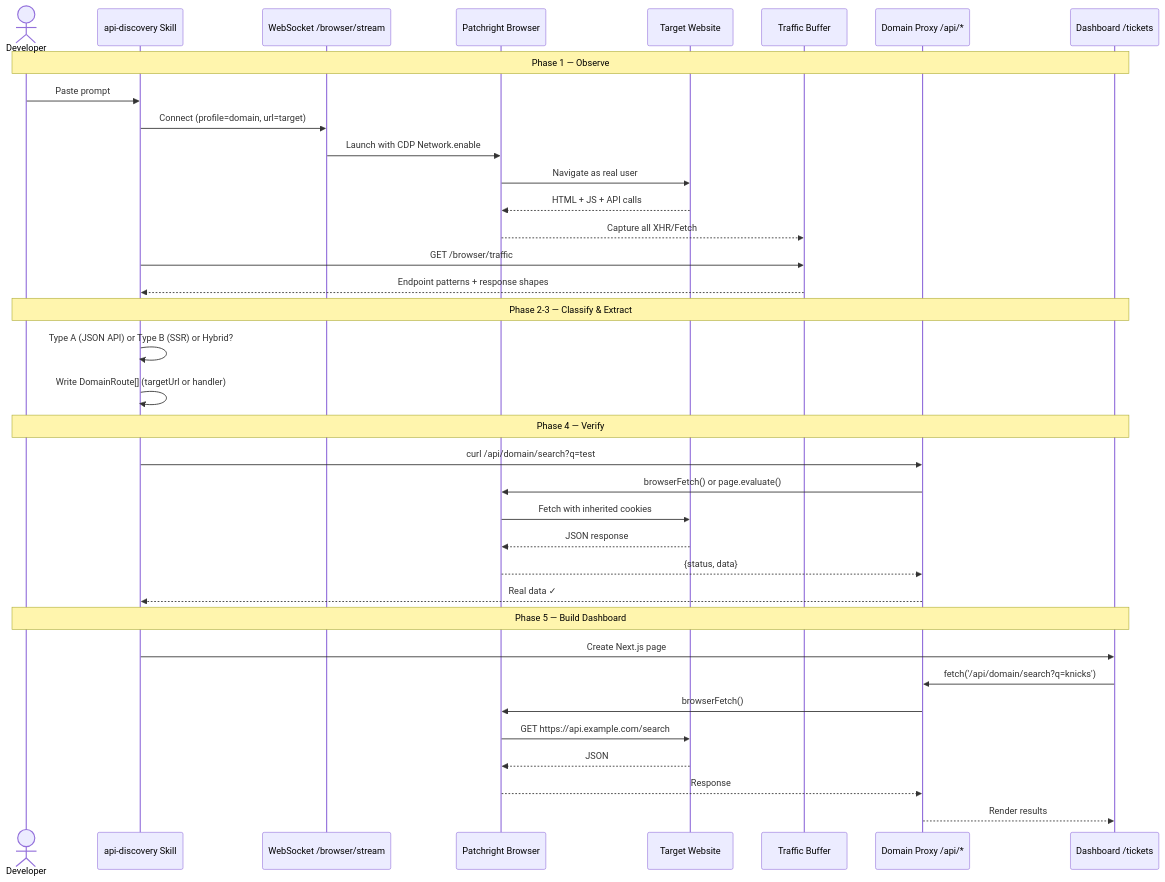
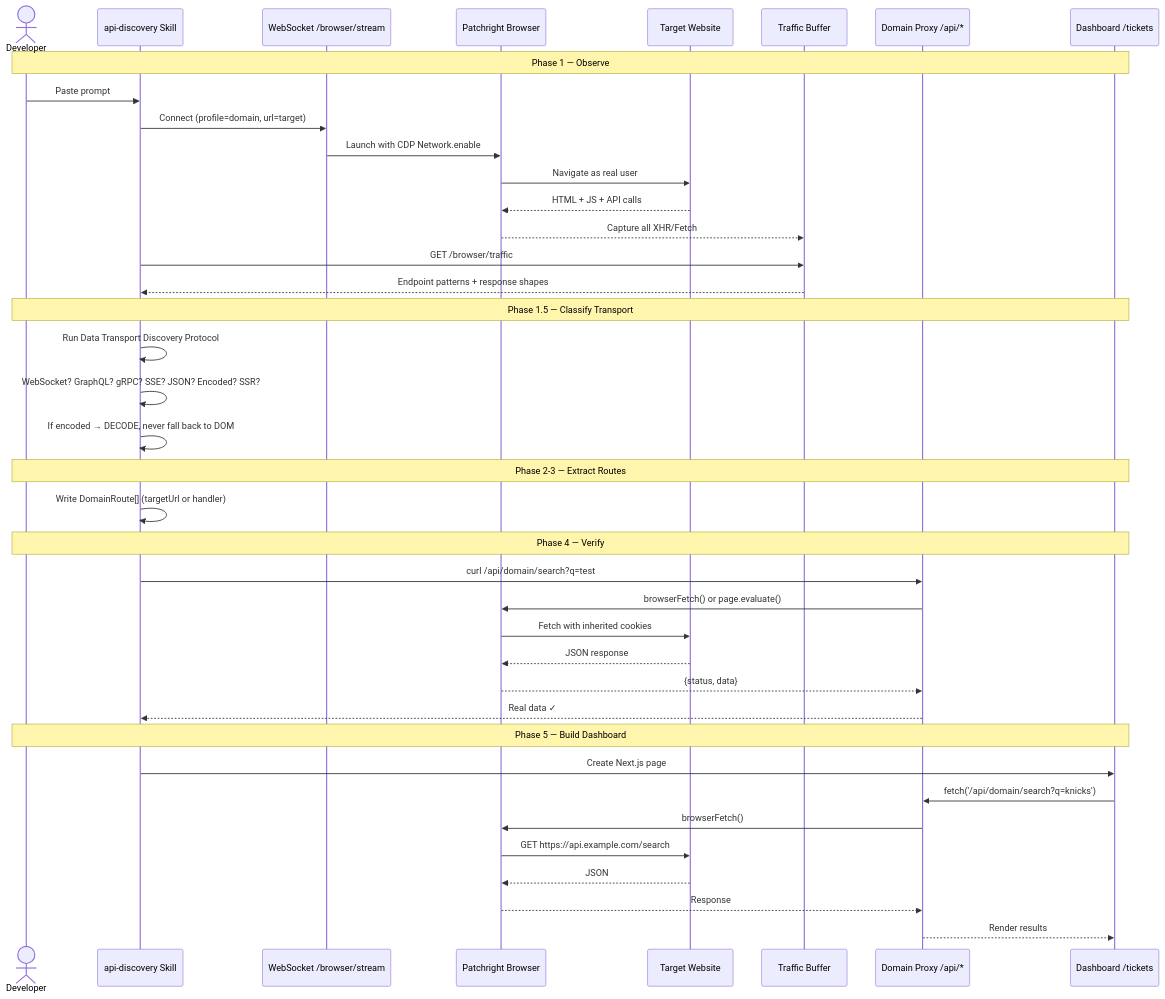
The second of 3 diagrams in README.md (adam-s/api-interceptor), drawn with Mermaid before and after one commit. The commit also changed other lines of this file and 2 other files, not shown here.

First line of the commit message:
docs: make project self-contained — move transport audit, update README

````diff
--- a/README.md
+++ b/README.md
@@ -29,42 +29,46 @@
 ```mermaid
 sequenceDiagram
     actor Dev as Developer
     participant Skill as api-discovery Skill
     participant WS as WebSocket /browser/stream
     participant Browser as Patchright Browser
     participant Site as Target Website
     participant Traffic as Traffic Buffer
     participant Proxy as Domain Proxy /api/*
     participant UI as Dashboard /tickets
 
     Note over Dev,UI: Phase 1 — Observe
     Dev->>Skill: Paste prompt
     Skill->>WS: Connect (profile=domain, url=target)
     WS->>Browser: Launch with CDP Network.enable
     Browser->>Site: Navigate as real user
     Site-->>Browser: HTML + JS + API calls
     Browser-->>Traffic: Capture all XHR/Fetch
     Skill->>Traffic: GET /browser/traffic
     Traffic-->>Skill: Endpoint patterns + response shapes
 
-    Note over Dev,UI: Phase 2-3 — Classify & Extract
-    Skill->>Skill: Type A (JSON API) or Type B (SSR) or Hybrid?
+    Note over Dev,UI: Phase 1.5 — Classify Transport
+    Skill->>Skill: Run Data Transport Discovery Protocol
+    Skill->>Skill: WebSocket? GraphQL? gRPC? SSE? JSON? Encoded? SSR?
+    Skill->>Skill: If encoded → DECODE, never fall back to DOM
+
+    Note over Dev,UI: Phase 2-3 — Extract Routes
     Skill->>Skill: Write DomainRoute[] (targetUrl or handler)
 
     Note over Dev,UI: Phase 4 — Verify
     Skill->>Proxy: curl /api/domain/search?q=test
     Proxy->>Browser: browserFetch() or page.evaluate()
     Browser->>Site: Fetch with inherited cookies
     Site-->>Browser: JSON response
     Browser-->>Proxy: {status, data}
     Proxy-->>Skill: Real data ✓
 
     Note over Dev,UI: Phase 5 — Build Dashboard
     Skill->>UI: Create Next.js page
     UI->>Proxy: fetch('/api/domain/search?q=knicks')
     Proxy->>Browser: browserFetch()
     Browser->>Site: GET https://api.example.com/search
     Site-->>Browser: JSON
     Browser-->>Proxy: Response
     Proxy-->>UI: Render results
 ```
````
